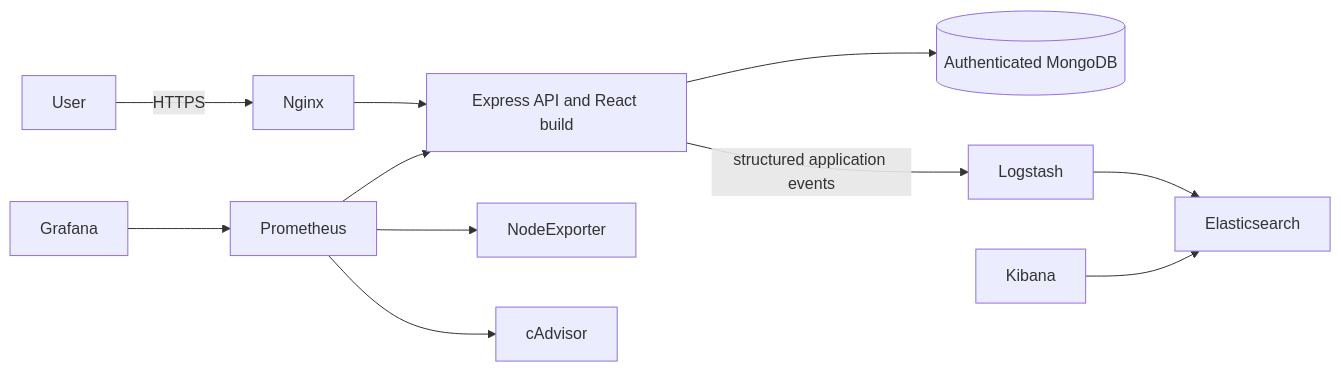
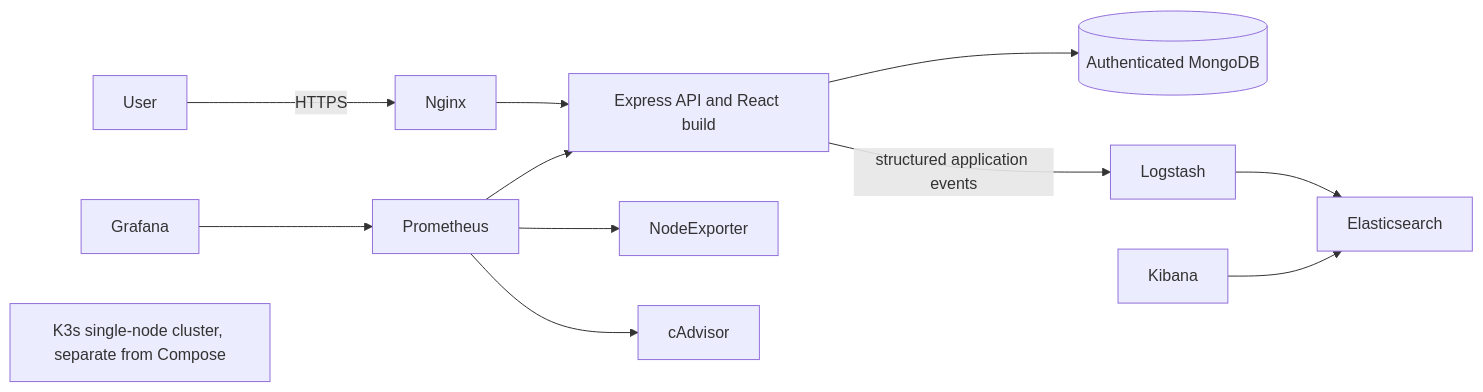
The diagram in README.md (Shouaib-gf/stage), drawn with Mermaid before and after one commit. The commit also changed other lines of this file and 2 other files, not shown here.

Commit message:
Document installed K3s single-node cluster

````diff
--- a/README.md
+++ b/README.md
@@ -7,13 +7,14 @@
 ```mermaid
 flowchart LR
   User -->|HTTPS| Nginx
   Nginx --> Web[Express API and React build]
   Web --> Mongo[(Authenticated MongoDB)]
   Prometheus --> Web
   Prometheus --> NodeExporter
   Prometheus --> cAdvisor
   Grafana --> Prometheus
   Web -->|structured application events| Logstash
   Logstash --> Elasticsearch
   Kibana --> Elasticsearch
+  K3s[K3s single-node cluster, separate from Compose]
 ```
````
